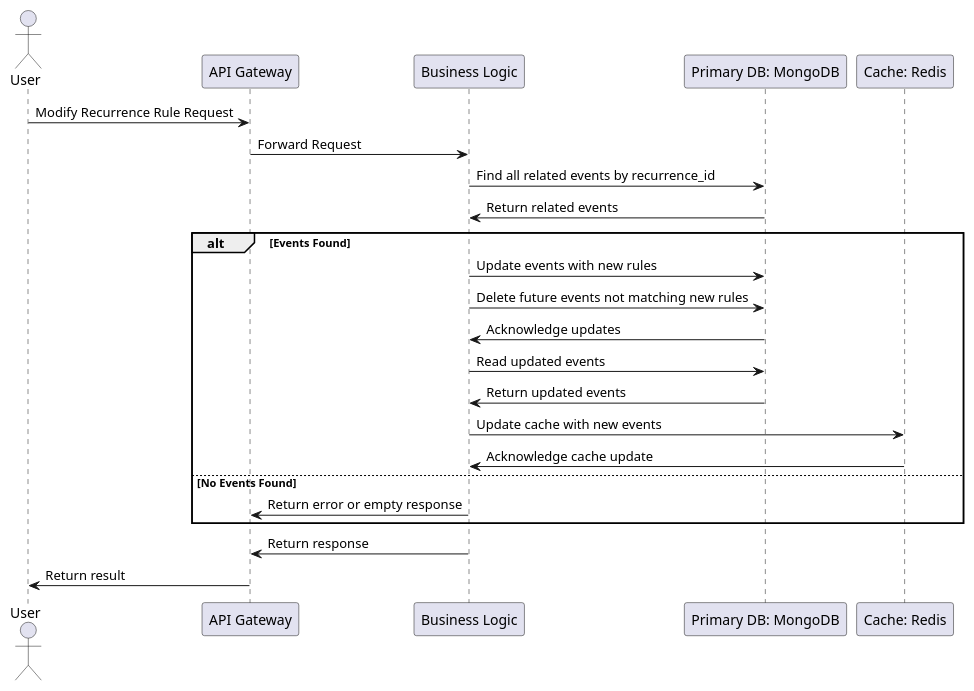
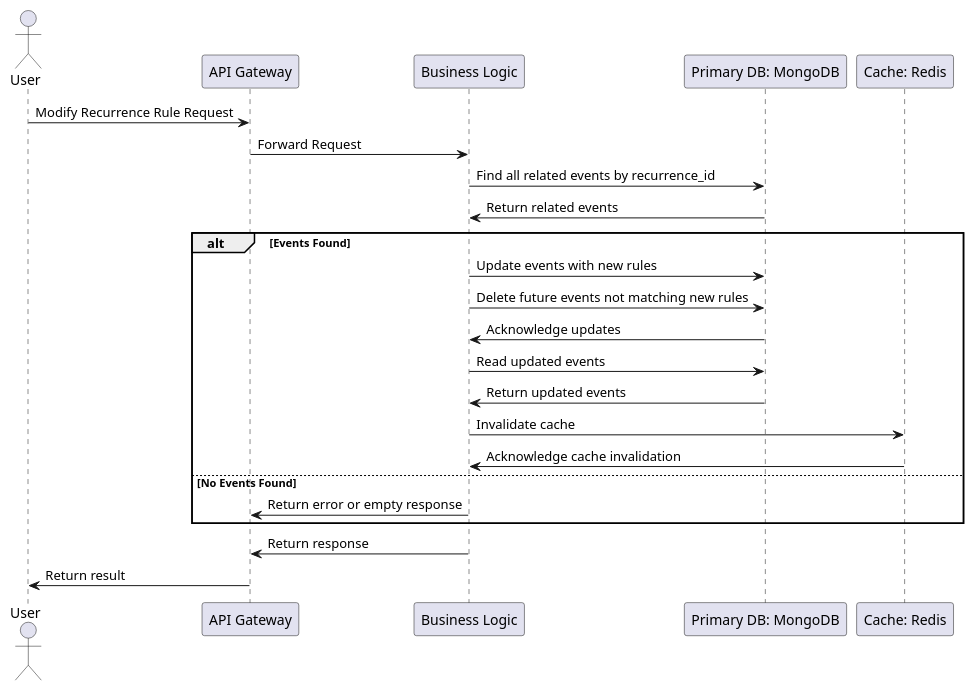
One commit to huangyingw/system_design changed the diagram in high_traffic_calendar/process_modifying_recurrence_rules.puml. Above: the diagram before and after it, drawn with PlantUML.

```diff
--- a/high_traffic_calendar/process_modifying_recurrence_rules.puml
+++ b/high_traffic_calendar/process_modifying_recurrence_rules.puml
@@ -1,31 +1,31 @@
 @startuml
 
 actor User
 participant "API Gateway"
 participant "Business Logic"
 participant "Primary DB: MongoDB"
 participant "Cache: Redis"
 
 User -> "API Gateway": Modify Recurrence Rule Request
 "API Gateway" -> "Business Logic": Forward Request
 "Business Logic" -> "Primary DB: MongoDB": Find all related events by recurrence_id
 "Primary DB: MongoDB" -> "Business Logic": Return related events
 
 alt Events Found
     "Business Logic" -> "Primary DB: MongoDB": Update events with new rules
     "Business Logic" -> "Primary DB: MongoDB": Delete future events not matching new rules
     "Primary DB: MongoDB" -> "Business Logic": Acknowledge updates
 
     "Business Logic" -> "Primary DB: MongoDB": Read updated events
     "Primary DB: MongoDB" -> "Business Logic": Return updated events
 
-    "Business Logic" -> "Cache: Redis": Update cache with new events
-    "Cache: Redis" -> "Business Logic": Acknowledge cache update
+    "Business Logic" -> "Cache: Redis": Invalidate cache
+    "Cache: Redis" -> "Business Logic": Acknowledge cache invalidation
 else No Events Found
     "Business Logic" -> "API Gateway": Return error or empty response
 end
 
 "Business Logic" -> "API Gateway": Return response
 "API Gateway" -> User: Return result
 
 @enduml
```
